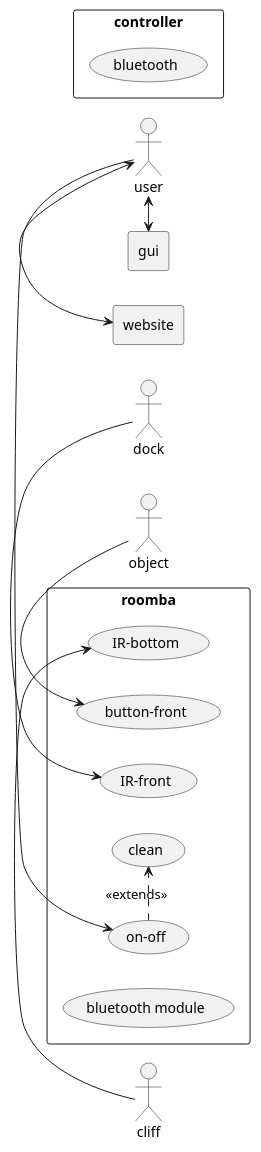
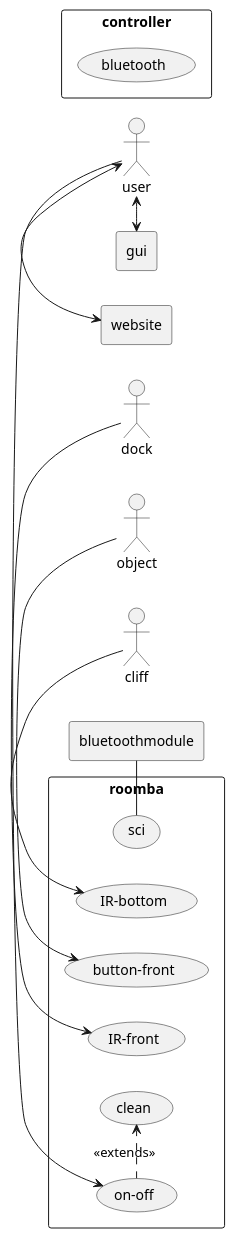
One commit to VvWijhe/Cleanify changed the diagram in UML/use-case.puml. Above: the diagram before and after it, drawn with PlantUML.

```diff
--- a/UML/use-case.puml
+++ b/UML/use-case.puml
@@ -1,35 +1,39 @@
 @startuml
 left to right direction
 skinparam packageStyle rectangle
 
 actor user
 actor object
 actor cliff
 actor dock
 
 rectangle gui {
 }
 
 rectangle website {
 }
 
 rectangle controller {
    (bluetooth)
 }
 
+rectangle bluetoothmodule {
+
+}
+
 rectangle roomba {
+   (sci) - bluetoothmodule
    (IR-bottom)
    (IR-front)
    (button-front)
    cliff -> (IR-bottom)
    object -> (button-front)
    dock -> (IR-front)
-   (bluetooth module)
    user -> (on-off)
    (on-off) .> (clean) : <<extends>>
 }
 
 user <-> website
 user <-> gui
 
 @enduml
```
